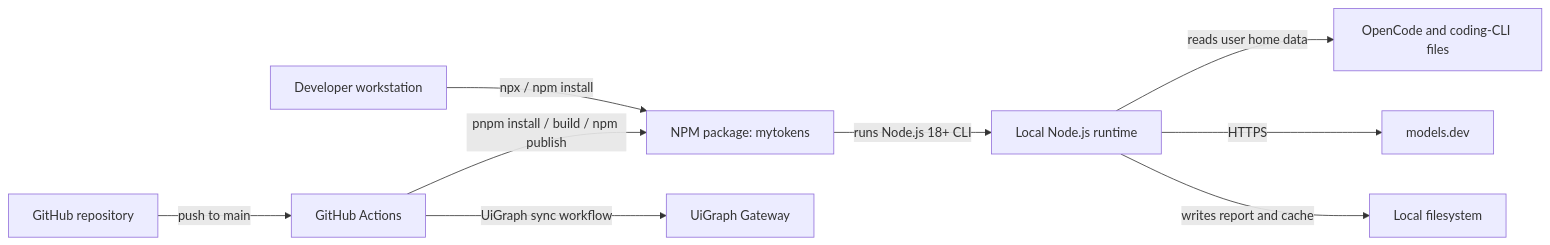
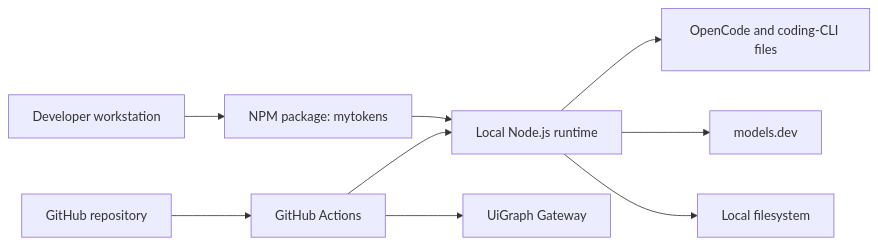
Before and after one commit to OpenSayad/mytokens-test: the diagram in .uigraph/diagrams/deployment/deployment.mmd, drawn with Mermaid. The commit also changed 1 other file, not shown here.

Commit message:
docs(uigraph): update Local and CI Deployment diagram [skip ci]

```diff
--- a/.uigraph/diagrams/deployment/deployment.mmd
+++ b/.uigraph/diagrams/deployment/deployment.mmd
@@ -1,9 +1,18 @@
 flowchart LR
-  developer[Developer workstation] -->|npx / npm install| package[NPM package: mytokens]
-  package -->|runs Node.js 18+ CLI| runtime[Local Node.js runtime]
-  runtime -->|reads user home data| local[OpenCode and coding-CLI files]
-  runtime -->|HTTPS| models[models.dev]
-  runtime -->|writes report and cache| disk[Local filesystem]
-  github[GitHub repository] -->|push to main| ci[GitHub Actions]
-  ci -->|pnpm install / build / npm publish| package
-  ci -->|UiGraph sync workflow| uigraph[UiGraph Gateway]
+developer["Developer workstation"]
+package["NPM package: mytokens"]
+runtime["Local Node.js runtime"]
+ci["GitHub Actions"]
+local["OpenCode and coding-CLI files"]
+models["models.dev"]
+disk["Local filesystem"]
+github["GitHub repository"]
+uigraph["UiGraph Gateway"]
+developer --> package
+package --> runtime
+runtime --> local
+runtime --> models
+runtime --> disk
+github --> ci
+ci --> runtime
+ci --> uigraph
```
